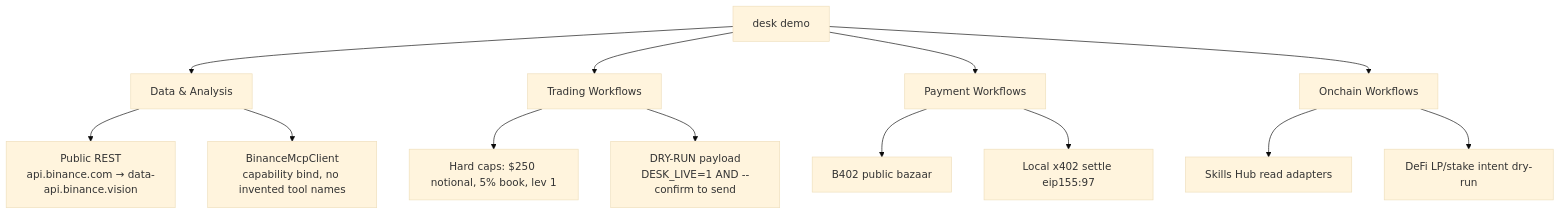
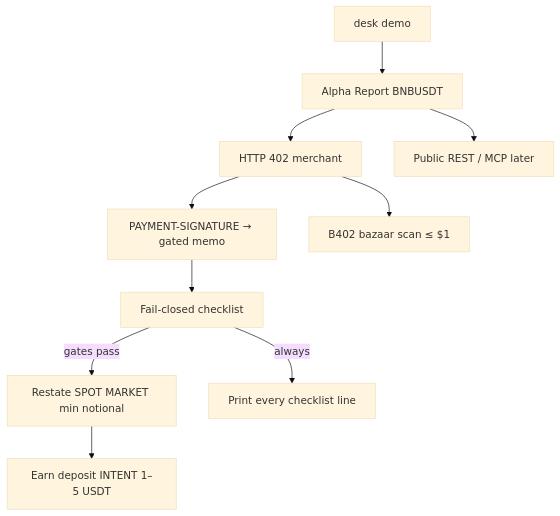
The diagram in README.md (xhrissboost/agent-os-desk), drawn with Mermaid (base theme) before and after one commit. The commit also changed other lines of this file and 25 other files, not shown here.

First line of the commit message:
Tighten Desk demo into one ScoutPay pay-for-alpha loop.

````diff
--- a/README.md
+++ b/README.md
@@ -59,15 +58,12 @@
 ```mermaid
 flowchart TD
-  CLI["desk demo"] --> Data
-  CLI --> Signal
-  CLI --> Pay
-  CLI --> Chain
-  Data["Data & Analysis"] --> REST["Public REST<br/>api.binance.com → data-api.binance.vision"]
-  Data --> MCP["BinanceMcpClient<br/>capability bind, no invented tool names"]
-  Signal["Trading Workflows"] --> Risk["Hard caps: $250 notional, 5% book, lev 1"]
-  Signal --> Dry["DRY-RUN payload<br/>DESK_LIVE=1 AND --confirm to send"]
-  Pay["Payment Workflows"] --> Bazaar["B402 public bazaar"]
-  Pay --> Mock["Local x402 settle eip155:97"]
-  Chain["Onchain Workflows"] --> Hub["Skills Hub read adapters"]
-  Chain --> Intent["DeFi LP/stake intent dry-run"]
+  CLI["desk demo"] --> Report["Alpha Report BNBUSDT"]
+  Report --> Pay["HTTP 402 merchant"]
+  Pay --> Memo["PAYMENT-SIGNATURE → gated memo"]
+  Memo --> Check["Fail-closed checklist"]
+  Check -->|gates pass| Ticket["Restate SPOT MARKET min notional"]
+  Check -->|always| List["Print every checklist line"]
+  Ticket --> Earn["Earn deposit INTENT 1–5 USDT"]
+  Report --> REST["Public REST / MCP later"]
+  Pay --> Bazaar["B402 bazaar scan ≤ $1"]
 ```
````
